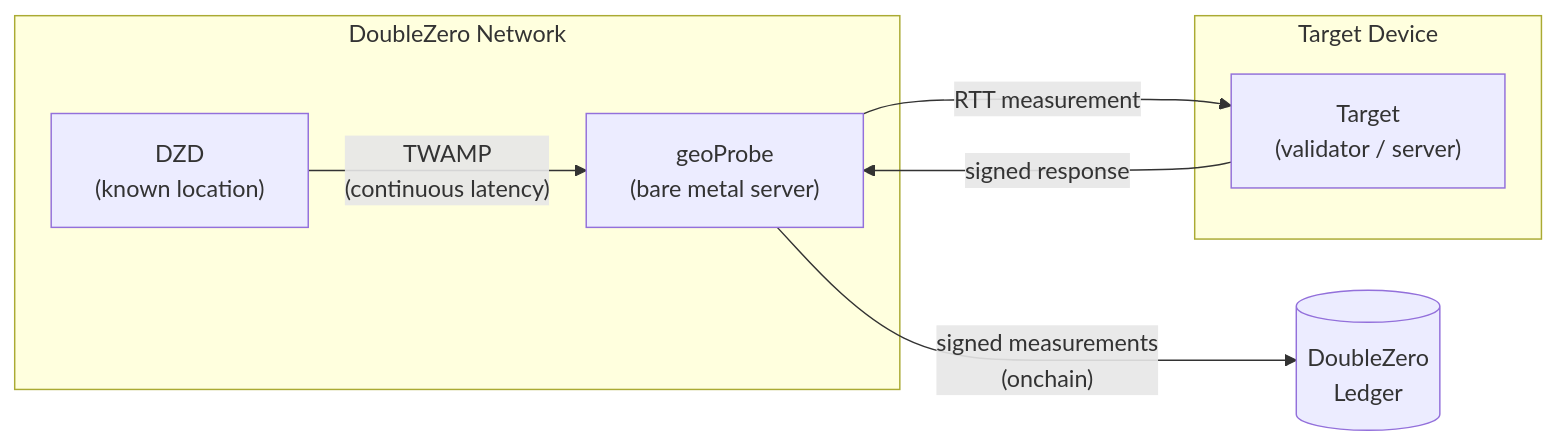
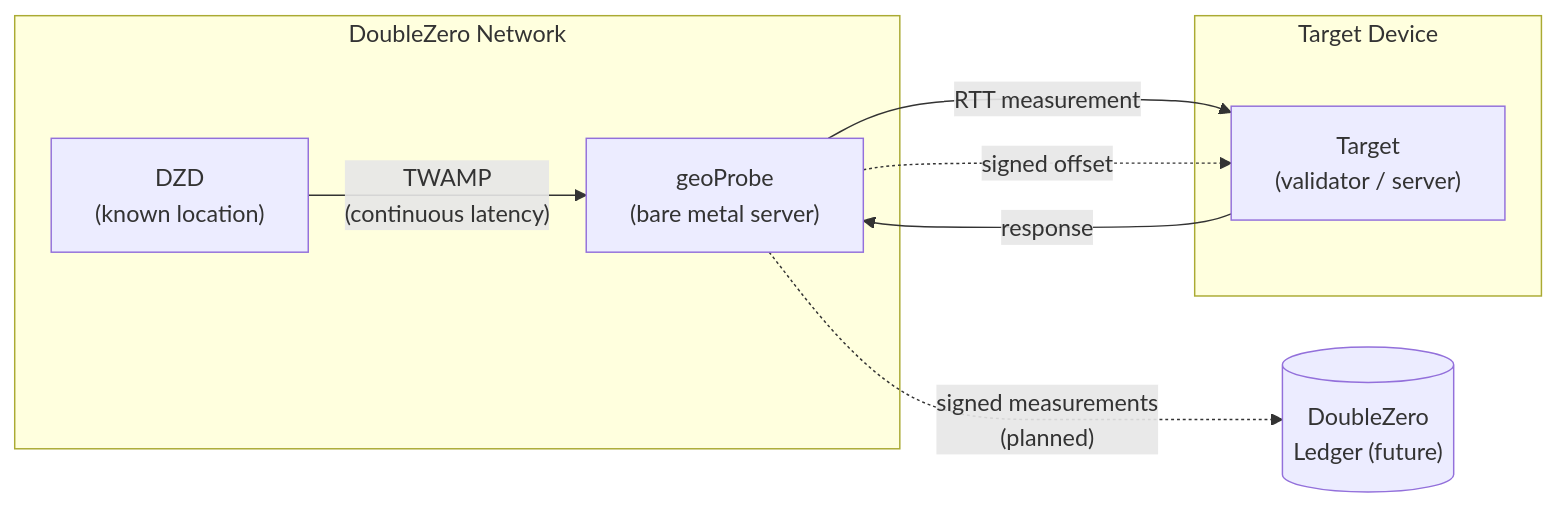
Before and after one commit to malbeclabs/docs: the first of 3 diagrams in docs/geolocation.md, drawn with Mermaid. The commit also changed other lines of this file and 4 other files, not shown here.

````diff
--- a/docs/geolocation.md
+++ b/docs/geolocation.md
@@ -12,18 +11,19 @@
 ```mermaid
 flowchart LR
      subgraph DZ["DoubleZero Network"]
          DZD["DZD\n(known location)"]
          Probe["geoProbe\n(bare metal server)"]
          DZD -- "TWAMP\n(continuous latency)" --> Probe
      end
 
      subgraph Target["Target Device"]
          T["Target\n(validator / server)"]
      end
 
      Probe -- "RTT measurement" --> T
-     T -- "signed response" --> Probe
+     T -- "response" --> Probe
+     Probe -. "signed offset" .-> T
 
-     Ledger[("DoubleZero\nLedger")]
-     Probe -- "signed measurements\n(onchain)" --> Ledger
+     Ledger[("DoubleZero\nLedger (future)")]
+     Probe -. "signed measurements\n(planned)" .-> Ledger
 ```
````
